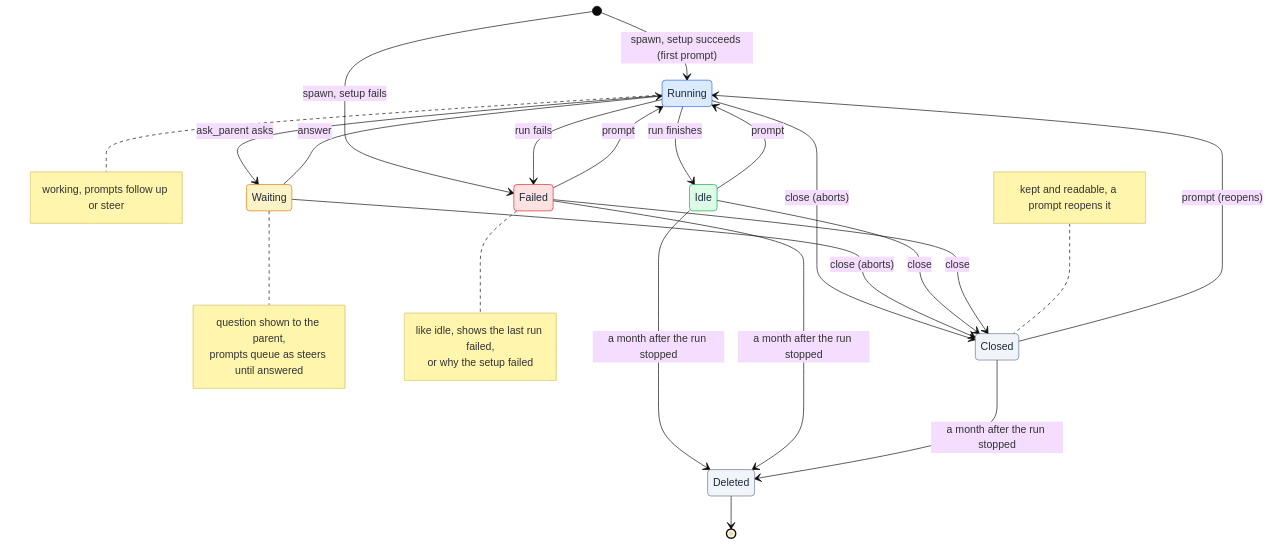
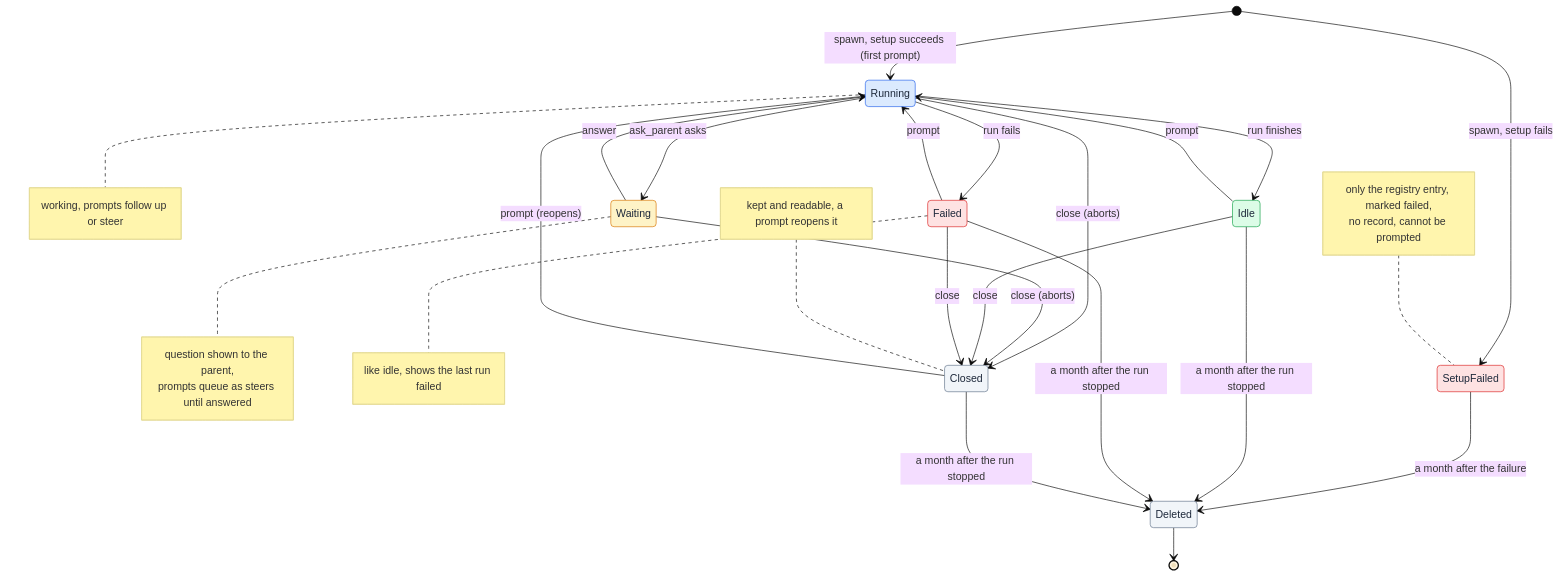
Before and after one commit to asermax/tentacles: the third of 8 diagrams in docs/technical-design/sessions.md, drawn with Mermaid (base theme). The commit also changed other lines of this file and 9 other files, not shown here.

````diff
--- a/docs/technical-design/sessions.md
+++ b/docs/technical-design/sessions.md
@@ -161,36 +160,38 @@
 ```mermaid
 stateDiagram-v2
     [*] --> Running : spawn, setup succeeds (first prompt)
-    [*] --> Failed : spawn, setup fails
+    [*] --> SetupFailed : spawn, setup fails
+    SetupFailed --> Deleted : a month after the failure
     Running --> Idle : run finishes
     Running --> Waiting : ask_parent asks
     Waiting --> Running : answer
     Running --> Failed : run fails
     Idle --> Running : prompt
     Failed --> Running : prompt
     Closed --> Running : prompt (reopens)
     Running --> Closed : close (aborts)
     Waiting --> Closed : close (aborts)
     Idle --> Closed : close
     Failed --> Closed : close
     Idle --> Deleted : a month after the run stopped
     Failed --> Deleted : a month after the run stopped
     Closed --> Deleted : a month after the run stopped
     Deleted --> [*]
 
     note right of Running : working, prompts follow up or steer
     note right of Waiting : question shown to the parent,<br/>prompts queue as steers until answered
-    note right of Failed : like idle, shows the last run failed,<br/>or why the setup failed
+    note right of Failed : like idle, shows the last run failed
+    note left of SetupFailed : only the registry entry, marked failed,<br/>no record, cannot be prompted
     note left of Closed : kept and readable, a prompt reopens it
 
     classDef working fill:#dbeafe,stroke:#2563eb,color:#1e293b
     classDef waiting fill:#fef3c7,stroke:#d97706,color:#1e293b
     classDef done fill:#dcfce7,stroke:#16a34a,color:#1e293b
     classDef failed fill:#fee2e2,stroke:#dc2626,color:#1e293b
     classDef ended fill:#f1f5f9,stroke:#64748b,color:#1e293b
     class Running working
     class Waiting waiting
     class Idle done
-    class Failed failed
+    class Failed,SetupFailed failed
     class Closed,Deleted ended
 ```
````
